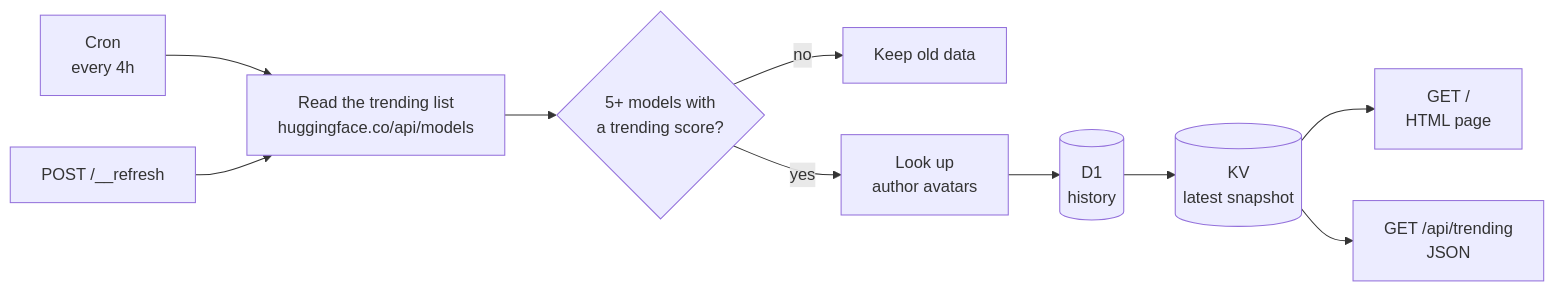
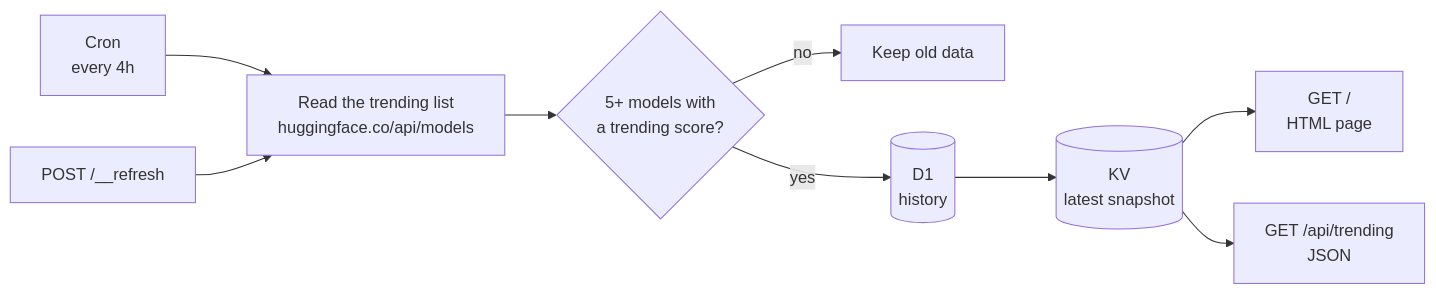
One commit to danjdewhurst/trending-models changed the diagram in README.md. Above: the diagram before and after it, drawn with Mermaid. The commit also changed other lines of this file and 13 other files, not shown here.

First line of the commit message:
Bring the trending-repos chart redesign to the models chart (#5)

````diff
--- a/README.md
+++ b/README.md
@@ -30,12 +30,11 @@
 ```mermaid
 flowchart LR
     cron["Cron<br/>every 4h"] --> fetch
     manual["POST /__refresh"] --> fetch
     fetch["Read the trending list<br/>huggingface.co/api/models"] --> check{"5+ models with<br/>a trending score?"}
     check -- no --> keep["Keep old data"]
-    check -- yes --> avatars["Look up<br/>author avatars"]
-    avatars --> d1[("D1<br/>history")]
+    check -- yes --> d1[("D1<br/>history")]
     d1 --> kv[("KV<br/>latest snapshot")]
     kv --> page["GET /<br/>HTML page"]
     kv --> api["GET /api/trending<br/>JSON"]
 ```
````
